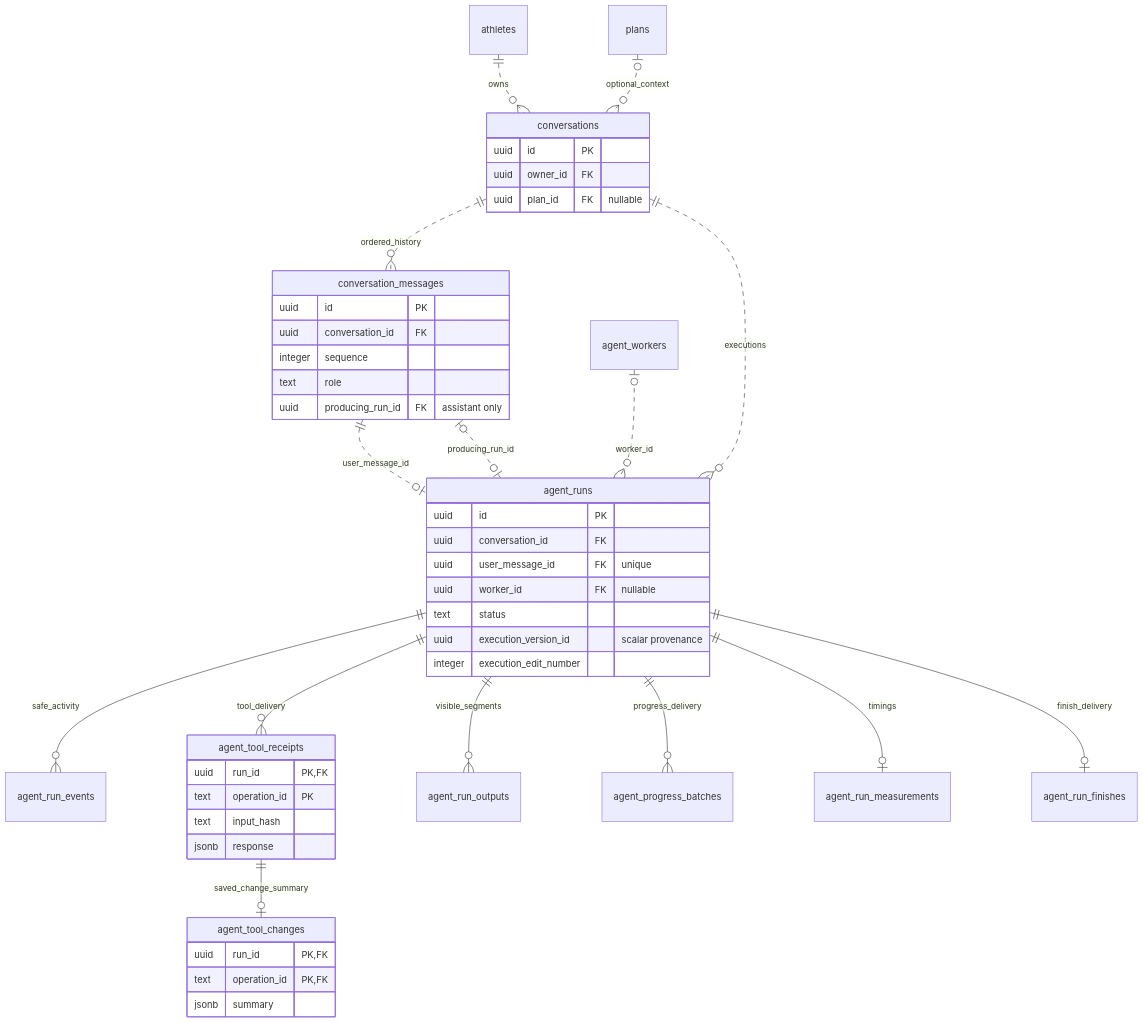
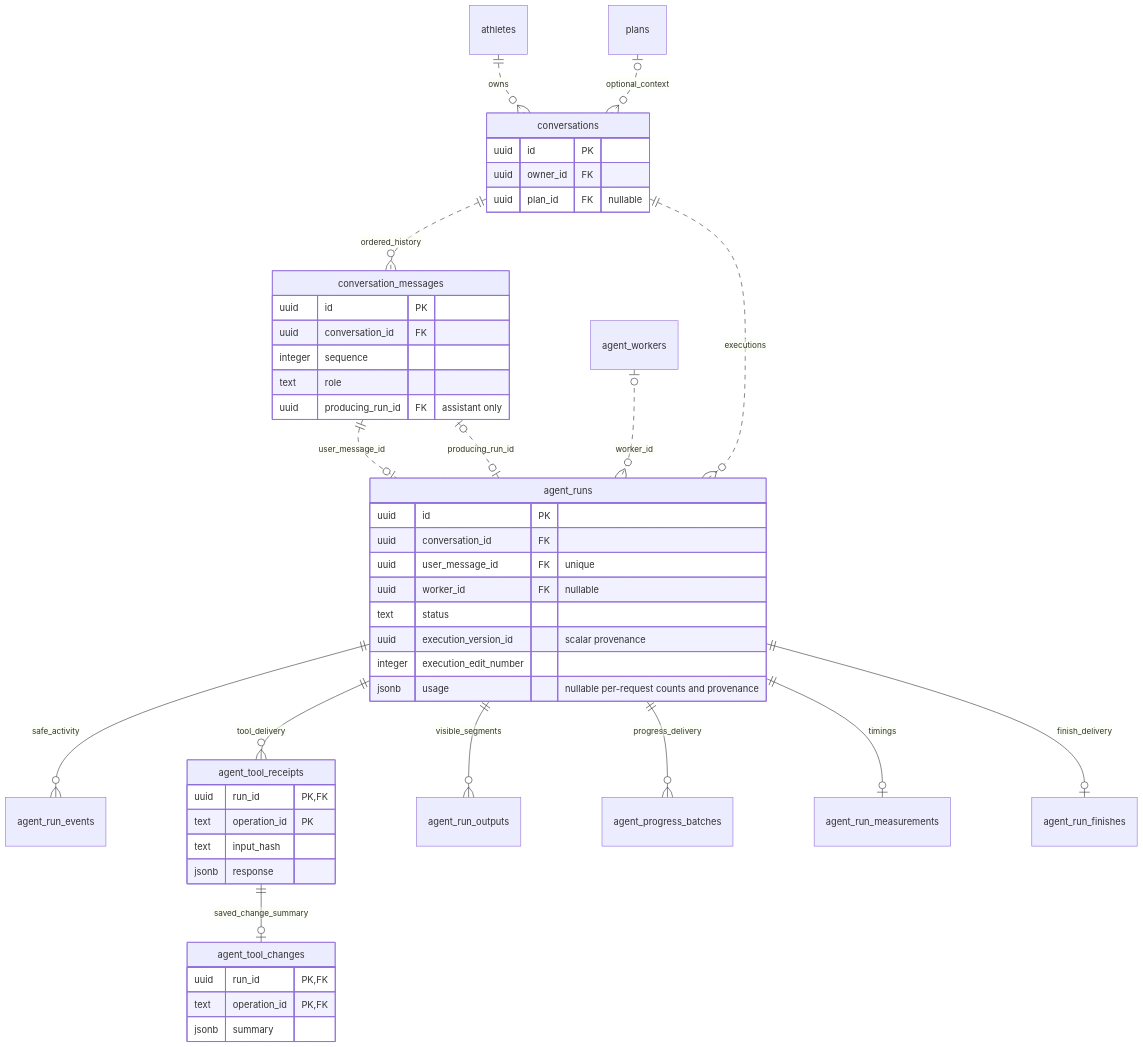
One commit to benjamingriff/askesis changed the third of 3 diagrams in docs/architecture/database-map.md. Above: the diagram before and after it, drawn with Mermaid. The commit also changed other lines of this file and 12 other files, not shown here.

````diff
--- a/docs/architecture/database-map.md
+++ b/docs/architecture/database-map.md
@@ -211,50 +211,51 @@
 ```mermaid
 erDiagram
     athletes ||..o{ conversations : owns
     plans o|..o{ conversations : optional_context
     conversations ||..o{ conversation_messages : ordered_history
     conversations ||..o{ agent_runs : executions
     conversation_messages ||..o| agent_runs : user_message_id
     agent_runs o|..o| conversation_messages : producing_run_id
     agent_workers o|..o{ agent_runs : worker_id
     agent_runs ||--o{ agent_run_events : safe_activity
     agent_runs ||--o{ agent_tool_receipts : tool_delivery
     agent_tool_receipts ||--o| agent_tool_changes : saved_change_summary
     agent_runs ||--o{ agent_run_outputs : visible_segments
     agent_runs ||--o{ agent_progress_batches : progress_delivery
     agent_runs ||--o| agent_run_measurements : timings
     agent_runs ||--o| agent_run_finishes : finish_delivery
 
     conversations {
         uuid id PK
         uuid owner_id FK
         uuid plan_id FK "nullable"
     }
     conversation_messages {
         uuid id PK
         uuid conversation_id FK
         integer sequence
         text role
         uuid producing_run_id FK "assistant only"
     }
     agent_runs {
         uuid id PK
         uuid conversation_id FK
         uuid user_message_id FK "unique"
         uuid worker_id FK "nullable"
         text status
         uuid execution_version_id "scalar provenance"
         integer execution_edit_number
+        jsonb usage "nullable per-request counts and provenance"
     }
     agent_tool_receipts {
         uuid run_id PK, FK
         text operation_id PK
         text input_hash
         jsonb response
     }
     agent_tool_changes {
         uuid run_id PK, FK
         text operation_id PK, FK
         jsonb summary
     }
 ```
````
